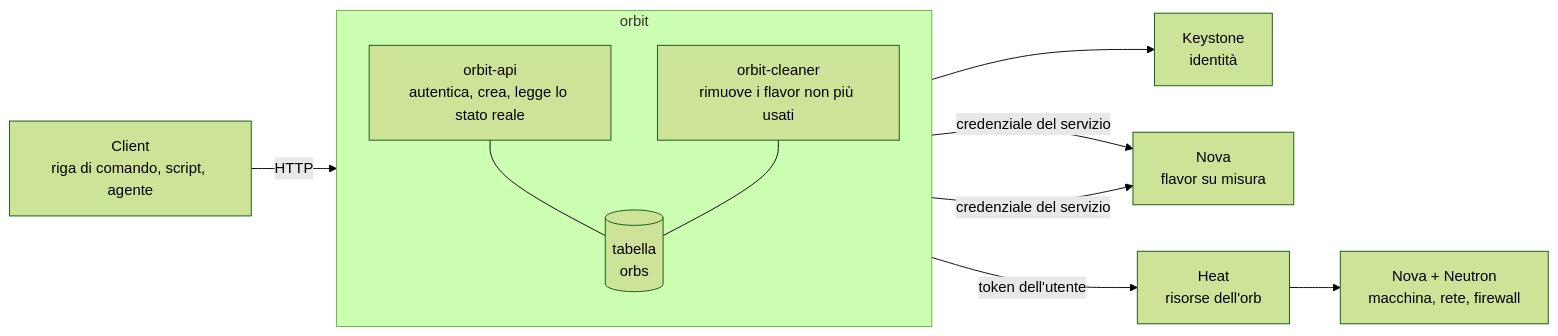
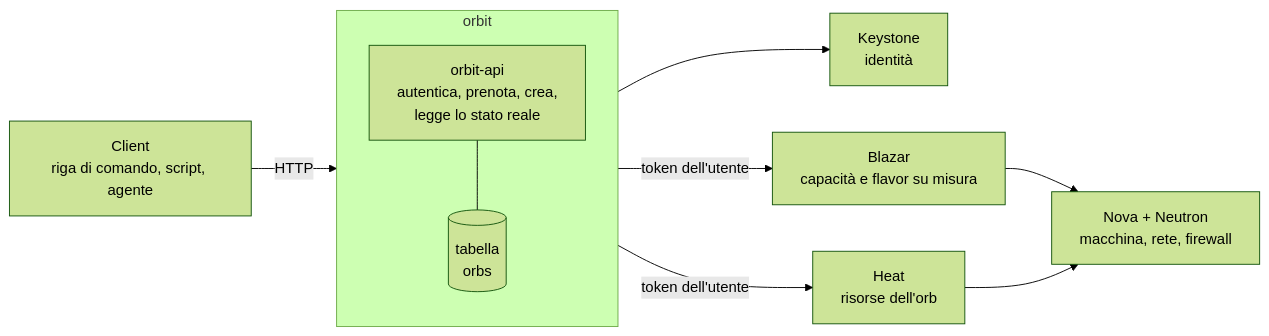
Before and after one commit to taekwondodev/orbit: the first of 3 diagrams in README.md, drawn with Mermaid (forest theme). The commit also changed other lines of this file and 11 other files, not shown here.

````diff
--- a/README.md
+++ b/README.md
@@ -43,25 +44,23 @@
 ```mermaid
 flowchart LR
     client["Client<br/>riga di comando, script, agente"]
 
     subgraph svc["orbit"]
         direction TB
-        api["orbit-api<br/>autentica, crea, legge lo stato reale"]
-        cln["orbit-cleaner<br/>rimuove i flavor non più usati"]
+        api["orbit-api<br/>autentica, prenota, crea,<br/>legge lo stato reale"]
         db[("tabella<br/>orbs")]
     end
 
     ks["Keystone<br/>identità"]
-    nova["Nova<br/>flavor su misura"]
+    blz["Blazar<br/>capacità e flavor su misura"]
     heat["Heat<br/>risorse dell'orb"]
     infra["Nova + Neutron<br/>macchina, rete, firewall"]
 
     client -->|HTTP| api
     api --- db
-    cln --- db
     api --> ks
-    api -->|credenziale del servizio| nova
-    cln -->|credenziale del servizio| nova
+    api -->|token dell'utente| blz
     api -->|token dell'utente| heat
+    blz --> infra
     heat --> infra
 ```
````
